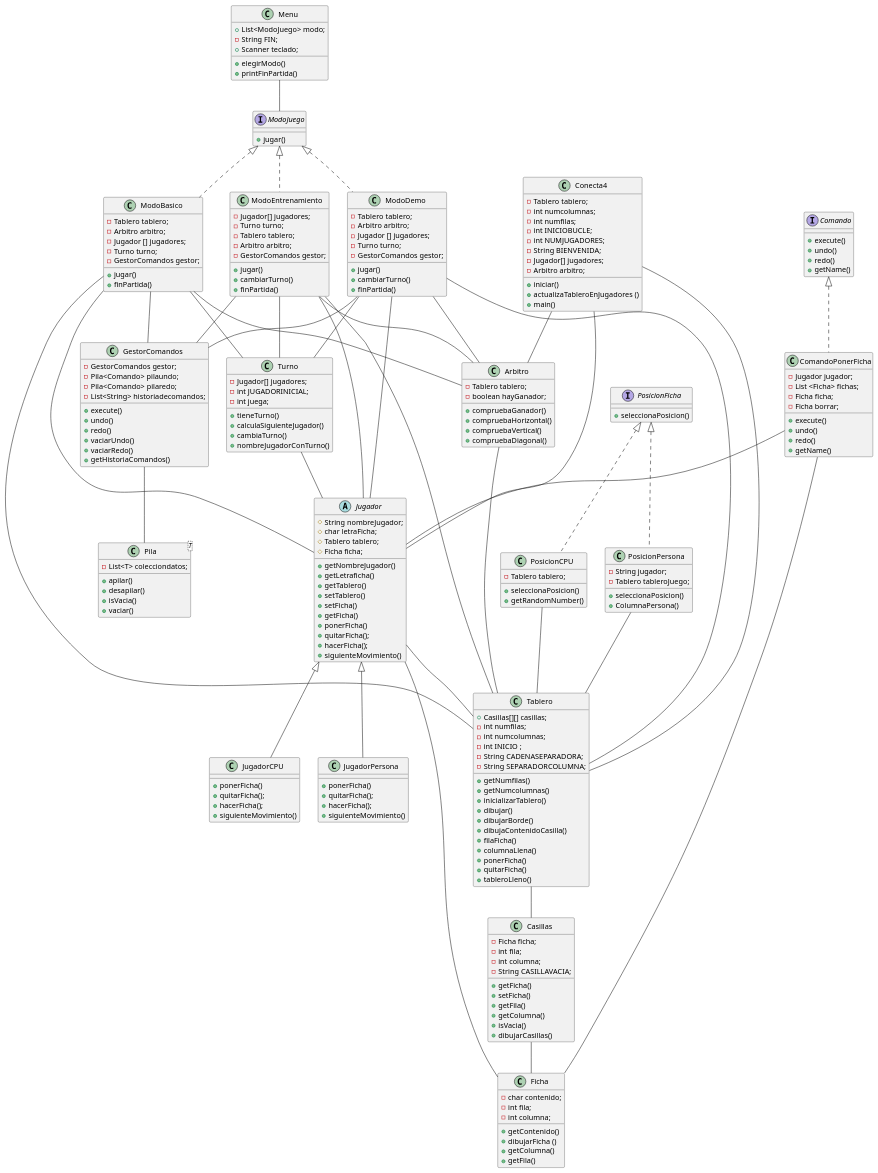
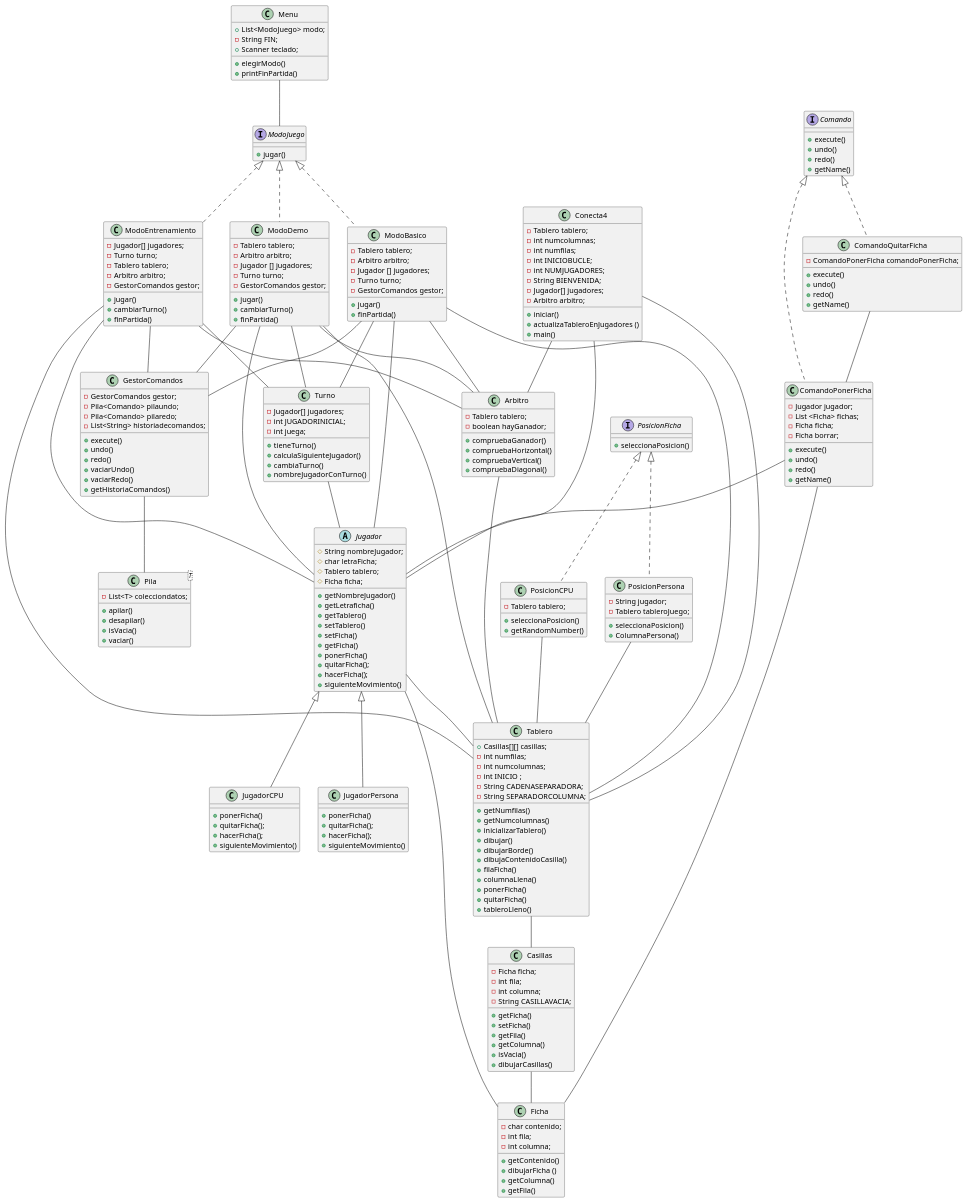
The diagram in src/main/java/org/example/Diagrama.puml (SoundIsOff/Conecta4_POO), drawn with PlantUML before and after one commit.

Commit message:
añadida clase ComandoQuitarFicha a diagrama

```diff
--- a/src/main/java/org/example/Diagrama.puml
+++ b/src/main/java/org/example/Diagrama.puml
@@ -35,6 +35,14 @@
 -List <Ficha> fichas;
 -Ficha ficha;
 -Ficha borrar;
++execute()
++undo()
++redo()
++getName()
+}
+
+class ComandoQuitarFicha implements Comando{
+- ComandoPonerFicha comandoPonerFicha;
 +execute()
 +undo()
 +redo()
@@ -224,6 +232,8 @@
 
 Casillas -- Ficha
 
+ComandoQuitarFicha -- ComandoPonerFicha
+
 ComandoPonerFicha -- Jugador
 ComandoPonerFicha -- Ficha
 GestorComandos -- Pila
```
